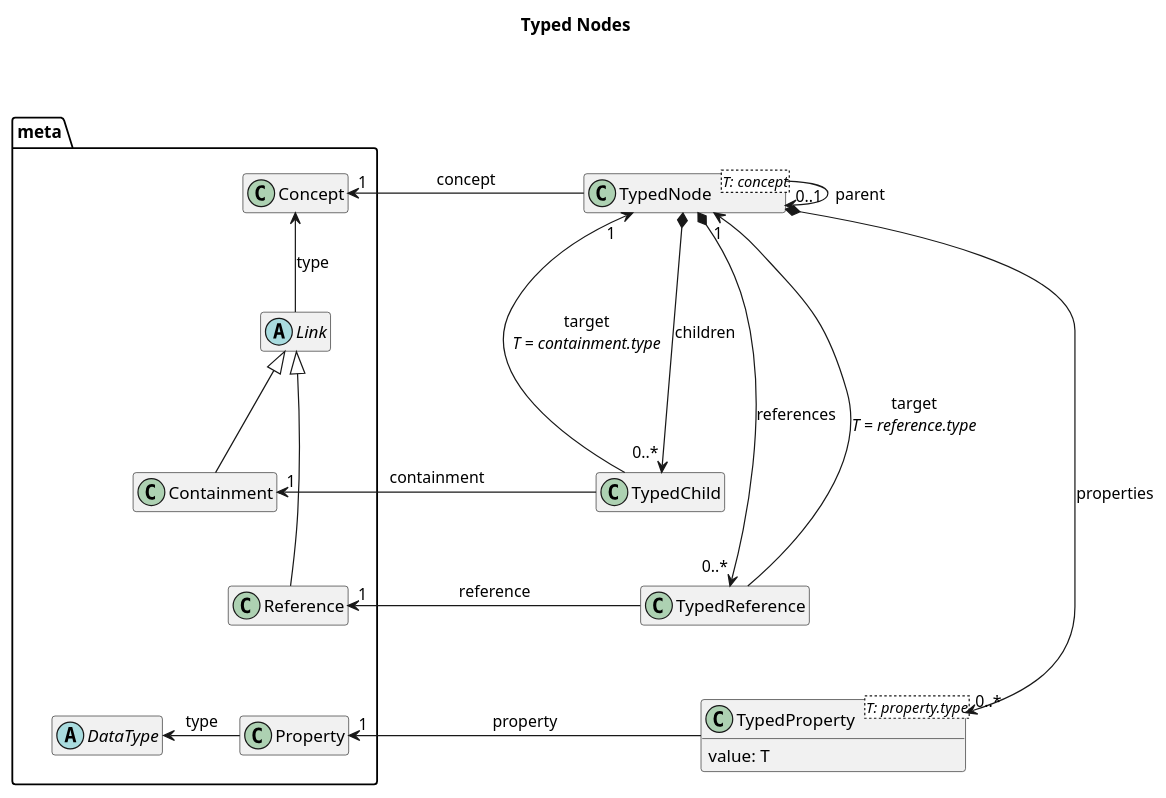
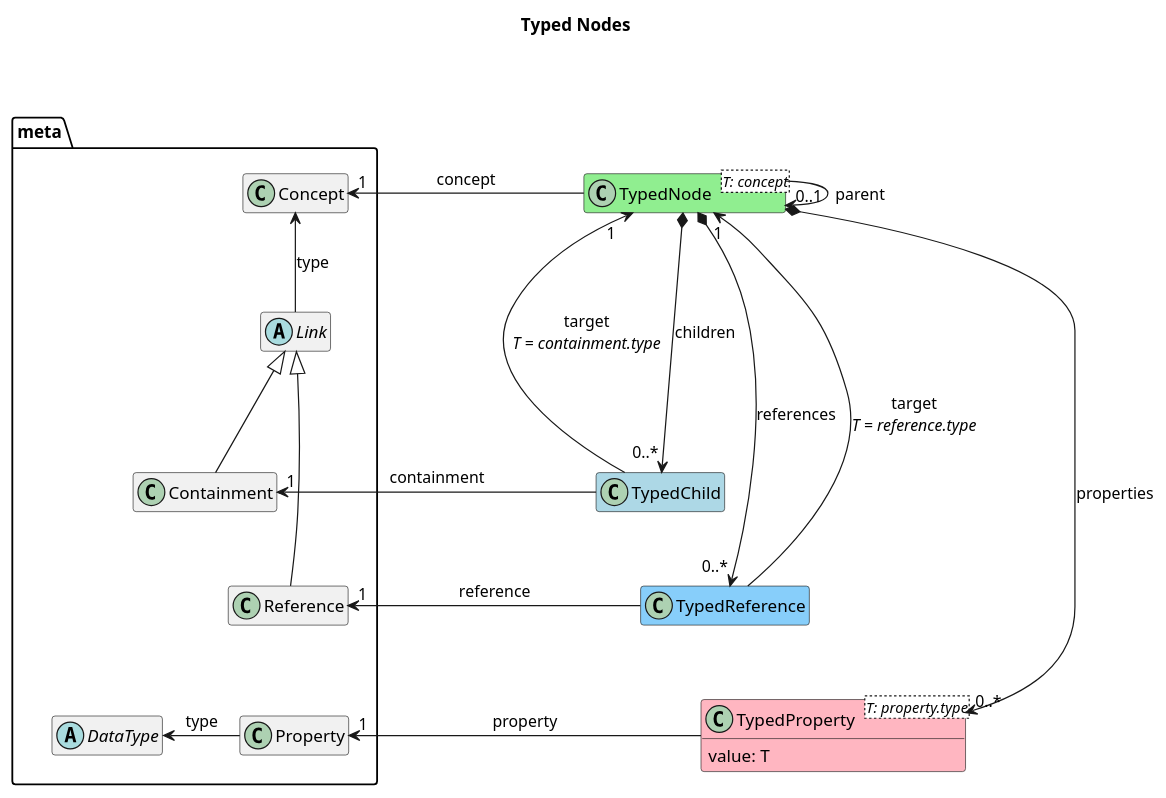
Before and after one commit to LionWeb-io/specification: the diagram in lioncore/typed-nodes.puml, drawn with PlantUML. The commit also changed 5 other files, not shown here.

```diff
--- a/lioncore/typed-nodes.puml
+++ b/lioncore/typed-nodes.puml
@@ -1,74 +1,74 @@
 @startuml
 title Typed Nodes
 
 hide empty members
 
 package meta {
     class Concept
 
     Concept <-- Link: type
     abstract class Link
 
     Link <|-- Containment
 
     class Containment
     Containment -[hidden]-> Reference
 
     Link <|-- Reference
 
     class Reference
 
     abstract class DataType
 
     DataType <- Property: type
 
     class Property
     Reference -[hidden]-> Property
 }
 
 meta -[hidden]> TypedNode
 
 'Node
 
-class TypedNode<T: concept> {
+class TypedNode<T: concept> #lightGreen {
 '    getLowlevel(): lowlevel:Node
 }
 
 TypedNode -> "0..1" TypedNode: parent
 Concept "1" <- TypedNode: concept
 
 'Children
 
 TypedNode *--> "0..*" TypedChild: children
 
-class TypedChild {
+class TypedChild #lightBlue {
 '    getLowlevel(): lowlevel:ChildTarget
 }
 
 TypedChild -> "1" TypedNode: target\n<i>T = containment.type</i>
 Containment "1" <- TypedChild: containment
 
 'References
 
 TypedNode *--> "0..*" TypedReference: references
 
 TypedChild -[hidden]-> TypedReference
 
-class TypedReference {
+class TypedReference #lightSkyBlue {
 '    getLowlevel(): lowlevel:ReferenceTarget
 }
 
 TypedReference -> "1" TypedNode: target\n<i>T = reference.type</i>
 Reference "1" <- TypedReference: reference
 
 'Properties
 
 TypedNode *--> "0..*" TypedProperty: properties
-class TypedProperty<T: property.type> {
+class TypedProperty<T: property.type> #lightPink {
     value: T
 '    getLowlevel(): lowlevel:PropertyValue
 }
 
 Property "1" <- TypedProperty: property
 
 @enduml
```
